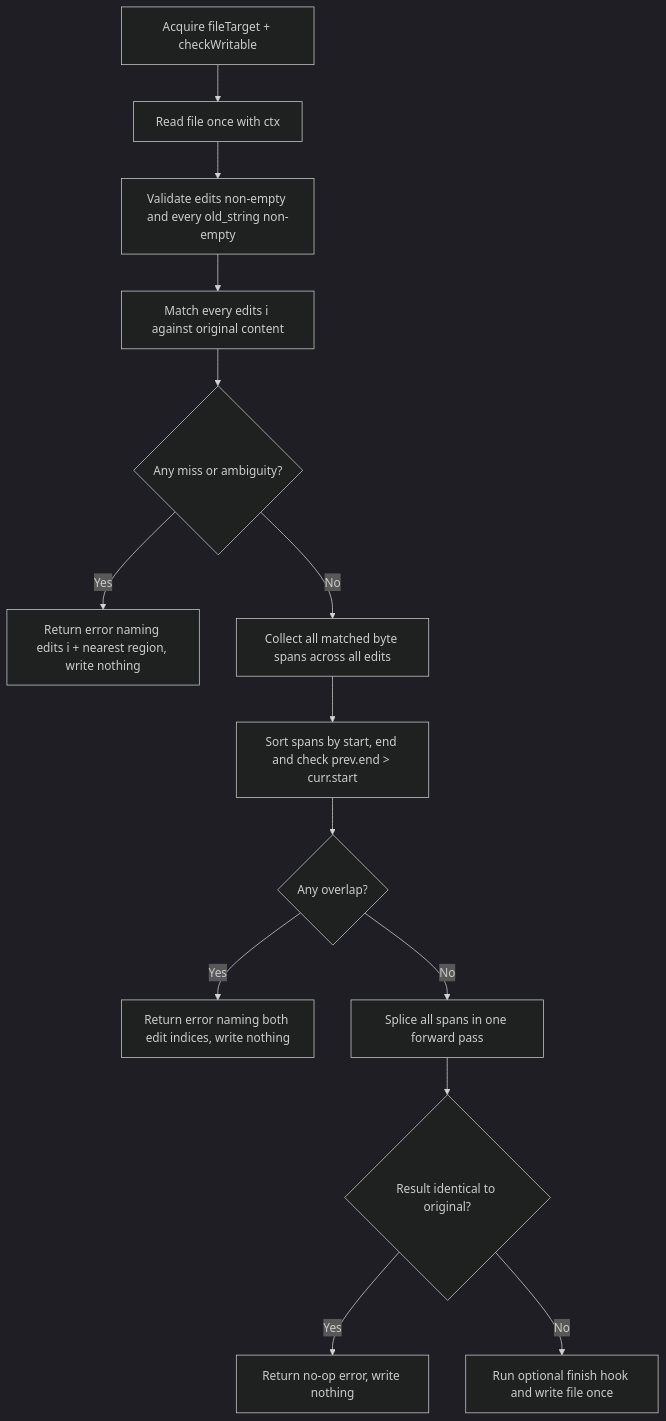
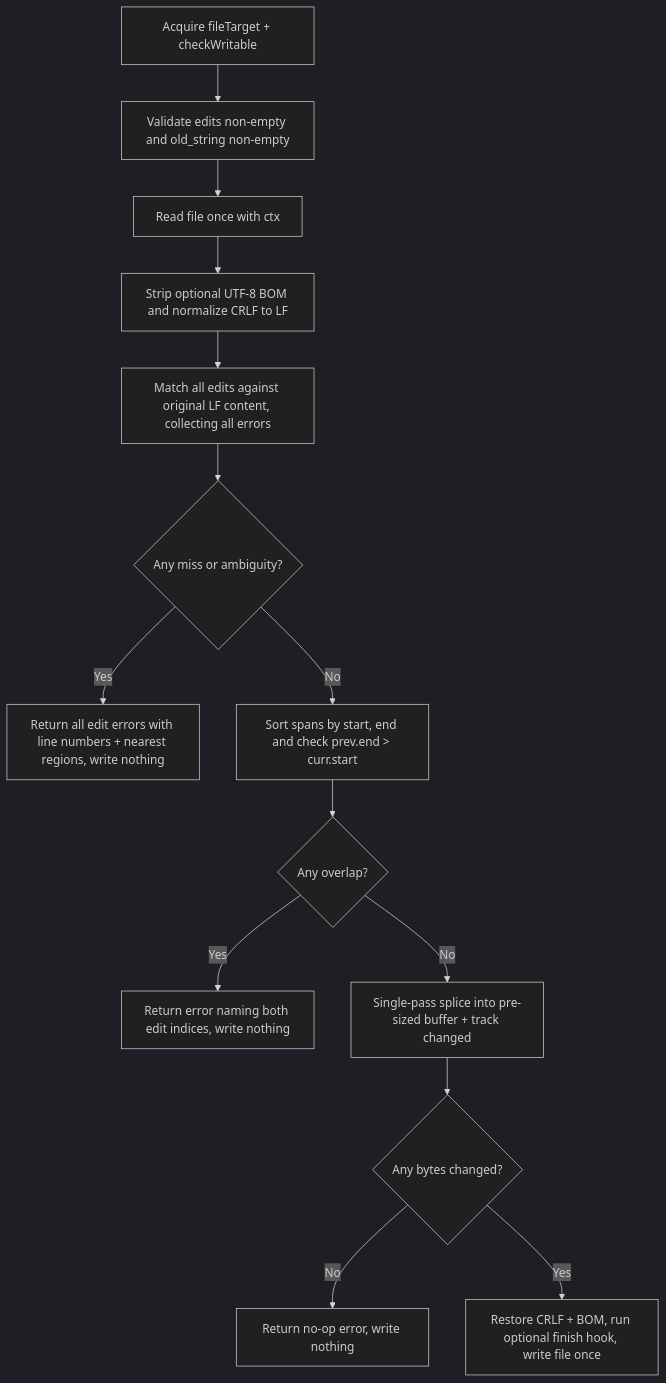
The diagram in docs/superpowers/specs/2026-11-21-edit-file-multi-edit-design.md (prime-radiant-inc/evener), drawn with Mermaid (dark theme) before and after one commit. The commit also changed other lines of this file, not shown here.

````diff
--- a/docs/superpowers/specs/2026-11-21-edit-file-multi-edit-design.md
+++ b/docs/superpowers/specs/2026-11-21-edit-file-multi-edit-design.md
@@ -190,16 +189,16 @@
 ```mermaid
 flowchart TD
-    A[Acquire fileTarget + checkWritable] --> B[Read file once with ctx]
-    B --> C[Validate edits non-empty and every old_string non-empty]
-    C --> D[Match every edits i against original content]
-    D --> E{Any miss or ambiguity?}
-    E -- Yes --> F[Return error naming edits i + nearest region, write nothing]
-    E -- No --> G[Collect all matched byte spans across all edits]
-    G --> H[Sort spans by start, end and check prev.end > curr.start]
+    A[Acquire fileTarget + checkWritable] --> B[Validate edits non-empty and old_string non-empty]
+    B --> C[Read file once with ctx]
+    C --> D[Strip optional UTF-8 BOM and normalize CRLF to LF]
+    D --> E[Match all edits against original LF content, collecting all errors]
+    E --> F{Any miss or ambiguity?}
+    F -- Yes --> G[Return all edit errors with line numbers + nearest regions, write nothing]
+    F -- No --> H[Sort spans by start, end and check prev.end > curr.start]
     H --> I{Any overlap?}
     I -- Yes --> J[Return error naming both edit indices, write nothing]
-    I -- No --> K[Splice all spans in one forward pass]
-    K --> L{Result identical to original?}
-    L -- Yes --> M[Return no-op error, write nothing]
-    L -- No --> N[Run optional finish hook and write file once]
+    I -- No --> K[Single-pass splice into pre-sized buffer + track changed]
+    K --> L{Any bytes changed?}
+    L -- No --> M[Return no-op error, write nothing]
+    L -- Yes --> N[Restore CRLF + BOM, run optional finish hook, write file once]
 ```
````
